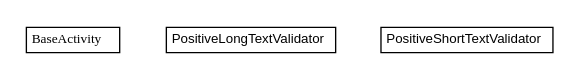
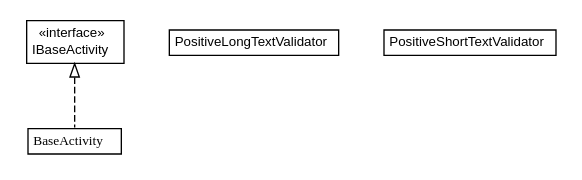
The diagram in javadocAll/org/osmdroid/model/org.osmdroid.model.dot (osmdroid/osmdroid), drawn with Graphviz before and after one commit. The commit also changed 3757 other files, not shown here.

```diff
--- a/javadocAll/org/osmdroid/model/org.osmdroid.model.dot
+++ b/javadocAll/org/osmdroid/model/org.osmdroid.model.dot
@@ -1,30 +1,39 @@
 #!/usr/local/bin/dot
 #
 # Class diagram 
 # Generated by UMLGraph version R5_6-24-gf6e263 (http://www.umlgraph.org/)
 #
 
 digraph G {
 	edge [fontname="arial",fontsize=10,labelfontname="arial",labelfontsize=10];
 	node [fontname="arial",fontsize=10,shape=plaintext];
 	nodesep=0.25;
 	ranksep=0.5;
 	// org.osmdroid.model.BaseActivity
-	c4890 [label=<<table title="org.osmdroid.model.BaseActivity" border="0" cellborder="1" cellspacing="0" cellpadding="2" port="p" href="./BaseActivity.html">
+	c5879 [label=<<table title="org.osmdroid.model.BaseActivity" border="0" cellborder="1" cellspacing="0" cellpadding="2" port="p" href="./BaseActivity.html">
 		<tr><td><table border="0" cellspacing="0" cellpadding="1">
 <tr><td align="center" balign="center"><font face="arial italic"> BaseActivity </font></td></tr>
 		</table></td></tr>
 		</table>>, URL="./BaseActivity.html", fontname="arial", fontcolor="black", fontsize=10.0];
+	// org.osmdroid.model.IBaseActivity
+	c5880 [label=<<table title="org.osmdroid.model.IBaseActivity" border="0" cellborder="1" cellspacing="0" cellpadding="2" port="p" href="./IBaseActivity.html">
+		<tr><td><table border="0" cellspacing="0" cellpadding="1">
+<tr><td align="center" balign="center"> &#171;interface&#187; </td></tr>
+<tr><td align="center" balign="center"> IBaseActivity </td></tr>
+		</table></td></tr>
+		</table>>, URL="./IBaseActivity.html", fontname="arial", fontcolor="black", fontsize=10.0];
 	// org.osmdroid.model.PositiveLongTextValidator
-	c4891 [label=<<table title="org.osmdroid.model.PositiveLongTextValidator" border="0" cellborder="1" cellspacing="0" cellpadding="2" port="p" href="./PositiveLongTextValidator.html">
+	c5881 [label=<<table title="org.osmdroid.model.PositiveLongTextValidator" border="0" cellborder="1" cellspacing="0" cellpadding="2" port="p" href="./PositiveLongTextValidator.html">
 		<tr><td><table border="0" cellspacing="0" cellpadding="1">
 <tr><td align="center" balign="center"> PositiveLongTextValidator </td></tr>
 		</table></td></tr>
 		</table>>, URL="./PositiveLongTextValidator.html", fontname="arial", fontcolor="black", fontsize=10.0];
 	// org.osmdroid.model.PositiveShortTextValidator
-	c4892 [label=<<table title="org.osmdroid.model.PositiveShortTextValidator" border="0" cellborder="1" cellspacing="0" cellpadding="2" port="p" href="./PositiveShortTextValidator.html">
+	c5882 [label=<<table title="org.osmdroid.model.PositiveShortTextValidator" border="0" cellborder="1" cellspacing="0" cellpadding="2" port="p" href="./PositiveShortTextValidator.html">
 		<tr><td><table border="0" cellspacing="0" cellpadding="1">
 <tr><td align="center" balign="center"> PositiveShortTextValidator </td></tr>
 		</table></td></tr>
 		</table>>, URL="./PositiveShortTextValidator.html", fontname="arial", fontcolor="black", fontsize=10.0];
+	//org.osmdroid.model.BaseActivity implements org.osmdroid.model.IBaseActivity
+	c5880:p -> c5879:p [dir=back,arrowtail=empty,style=dashed];
 }
```
